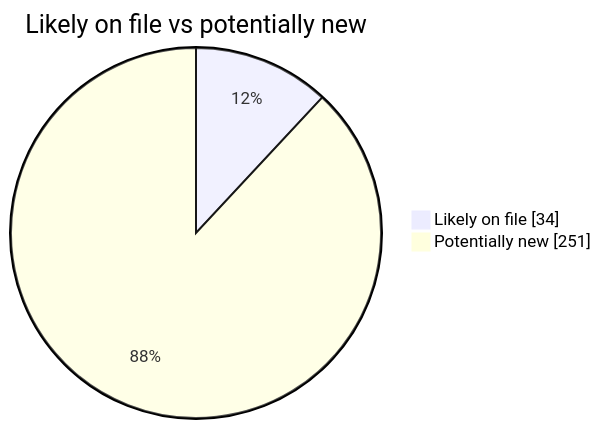
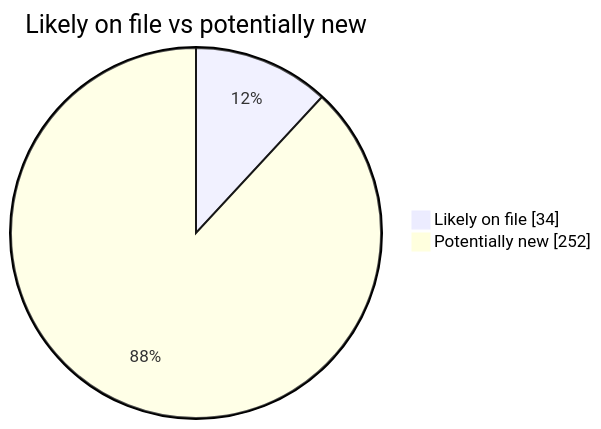
The second of 4 diagrams in README.md (martinbalfanz/social-scanner-reports), drawn with Mermaid before and after one commit. The commit also changed other lines of this file and 1 other file, not shown here.

````diff
--- a/README.md
+++ b/README.md
@@ -40,5 +40,5 @@
 ```mermaid
 pie showData title Likely on file vs potentially new
     "Likely on file" : 34
-    "Potentially new" : 251
+    "Potentially new" : 252
 ```
````
